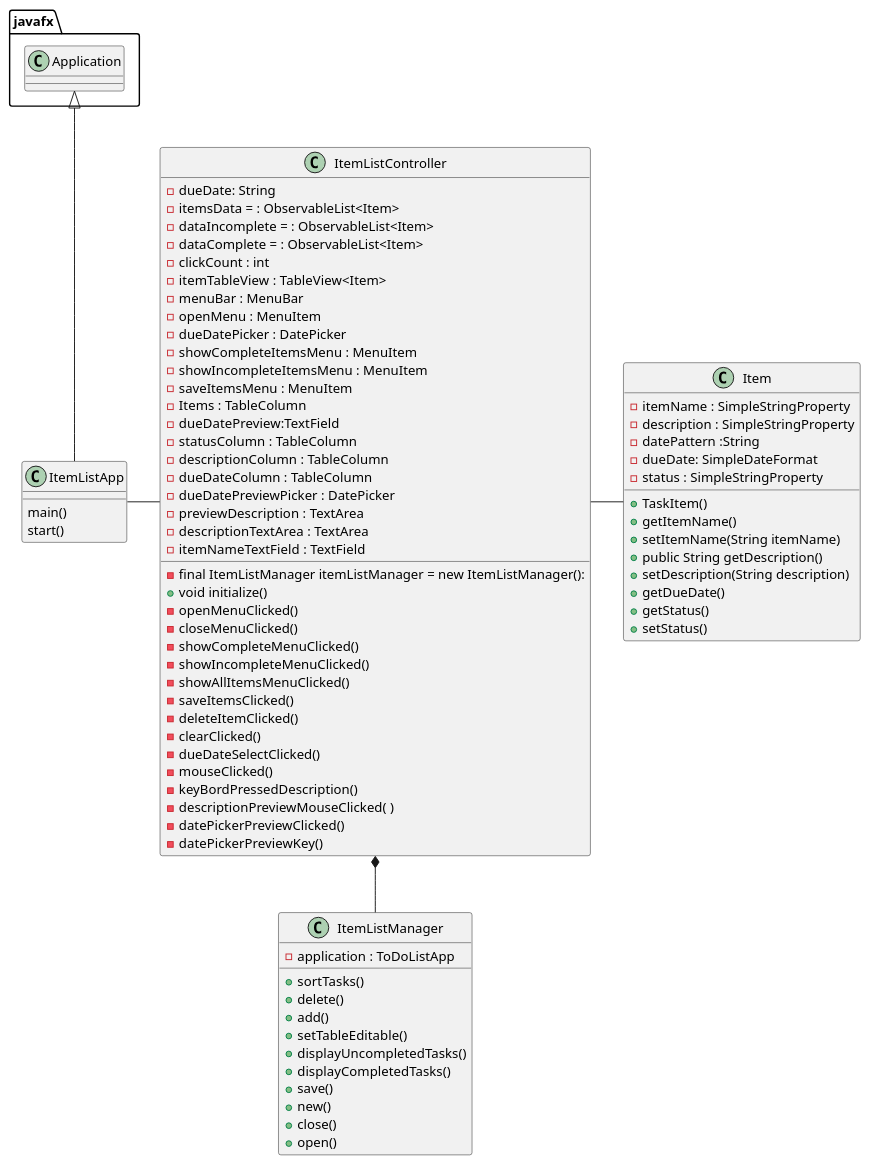
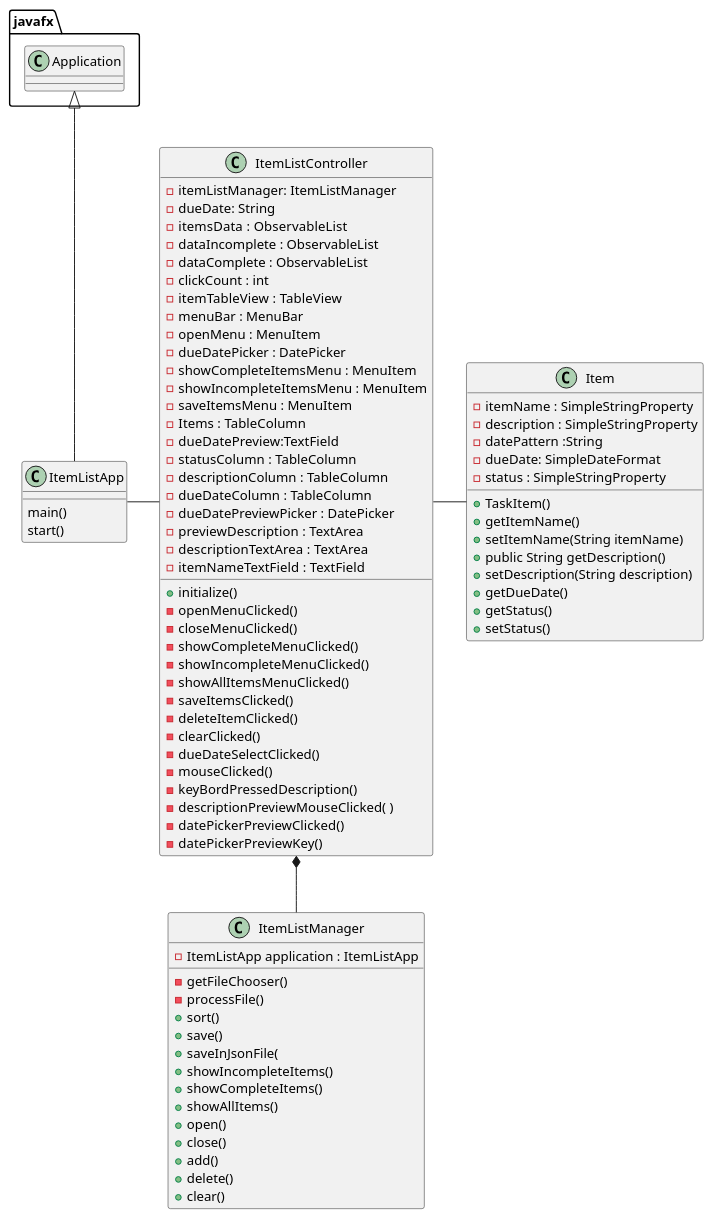
One commit to Asad006/Merouani-cop3330-assignment4part2 changed the diagram in Uml/TodoList.puml. Above: the diagram before and after it, drawn with PlantUML.

Commit message:
final design. update

```diff
--- a/Uml/TodoList.puml
+++ b/Uml/TodoList.puml
@@ -1,90 +1,95 @@
 @startuml
 class ItemListManager{
-- application : ToDoListApp
-+ sortTasks()
+
+- ItemListApp application : ItemListApp
+- getFileChooser()
+- processFile()
++ sort()
++ save()
++ saveInJsonFile(
++ showIncompleteItems()
++ showCompleteItems()
++ showAllItems()
++ open()
++ close()
++ add()
 + delete()
-+ add()
-+ setTableEditable()
-+ displayUncompletedTasks()
-+ displayCompletedTasks()
-+ save()
-+ new()
-+ close()
-+ open()
++ clear()
 }
 
 class ItemListController {
     
-- final ItemListManager itemListManager = new ItemListManager():
+- itemListManager: ItemListManager
 - dueDate: String
-- itemsData = : ObservableList<Item>
-- dataIncomplete = : ObservableList<Item>
-- dataComplete = : ObservableList<Item>
+- itemsData  : ObservableList
+- dataIncomplete : ObservableList
+- dataComplete : ObservableList
 - clickCount : int
-- itemTableView : TableView<Item>
+- itemTableView : TableView
 -  menuBar : MenuBar
 -  openMenu : MenuItem
 -  dueDatePicker : DatePicker
 -  showCompleteItemsMenu : MenuItem
 -  showIncompleteItemsMenu : MenuItem
 -  saveItemsMenu : MenuItem
 -  Items : TableColumn
 -  dueDatePreview:TextField
 -  statusColumn : TableColumn
 -  descriptionColumn : TableColumn
 -  dueDateColumn : TableColumn
 -  dueDatePreviewPicker : DatePicker
 -  previewDescription : TextArea
 -  descriptionTextArea : TextArea
 -  itemNameTextField : TextField
-+ void initialize()        
+
++ initialize()
 - openMenuClicked()
 - closeMenuClicked()
 - showCompleteMenuClicked()
 - showIncompleteMenuClicked()
 - showAllItemsMenuClicked()
 - saveItemsClicked()
 - deleteItemClicked()
 - clearClicked()
 - dueDateSelectClicked()
 - mouseClicked()
 - keyBordPressedDescription()
 - descriptionPreviewMouseClicked( )
 - datePickerPreviewClicked()
 - datePickerPreviewKey()
 
 
 
 
 
 
 }
 
 class Item{
     -  itemName : SimpleStringProperty
     -  description : SimpleStringProperty
     -  datePattern :String
     -  dueDate: SimpleDateFormat
     -  status : SimpleStringProperty
     + TaskItem()
     + getItemName()
     + setItemName(String itemName)
     + public String getDescription()
     + setDescription(String description)
     + getDueDate()
     + getStatus()
     + setStatus()
 
 }
 
 class ItemListApp{
     main()
     start()
 }
 
 javafx.Application <|-- ItemListApp
 ItemListApp-ItemListController
 ItemListController - Item
 ItemListController *-- ItemListManager
 
 @enduml
```
